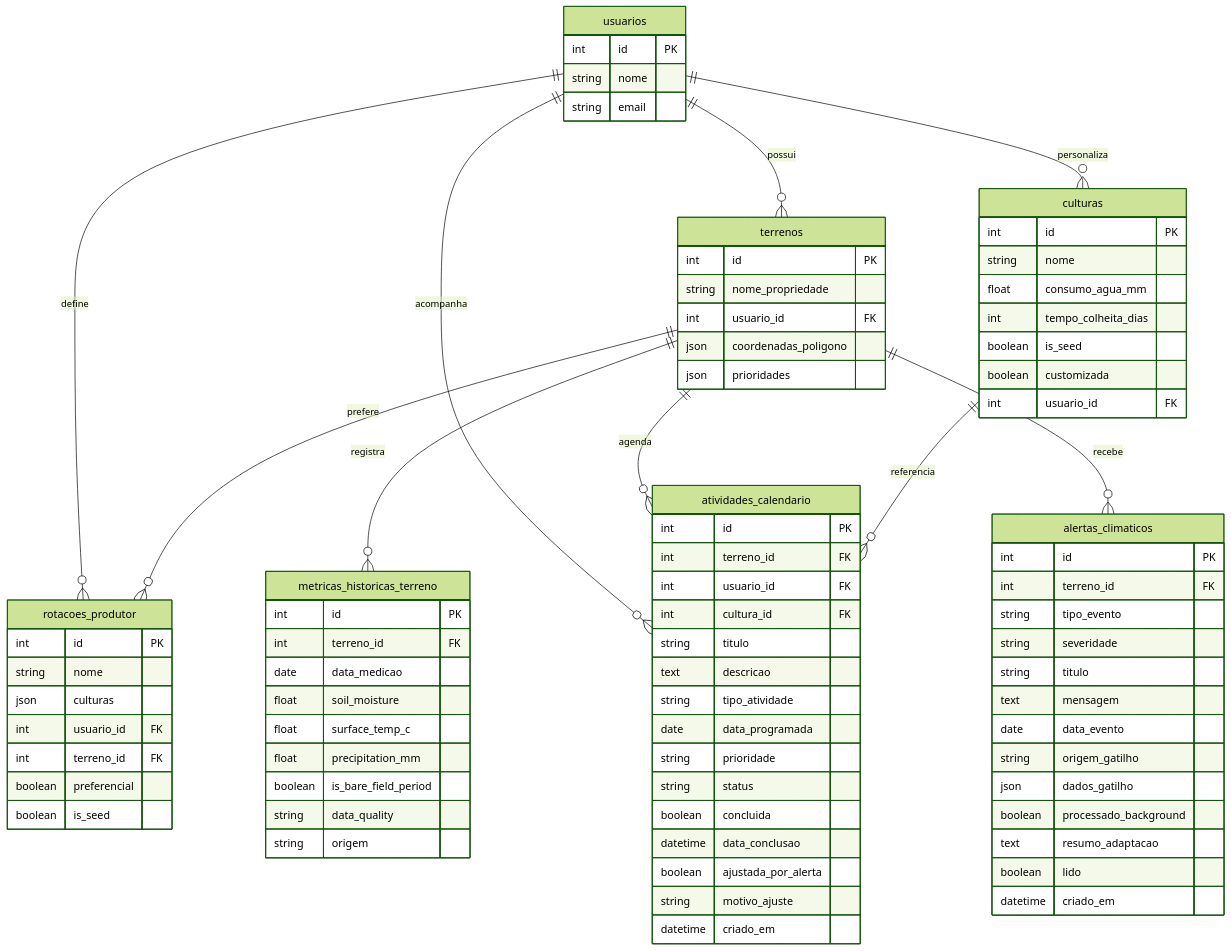
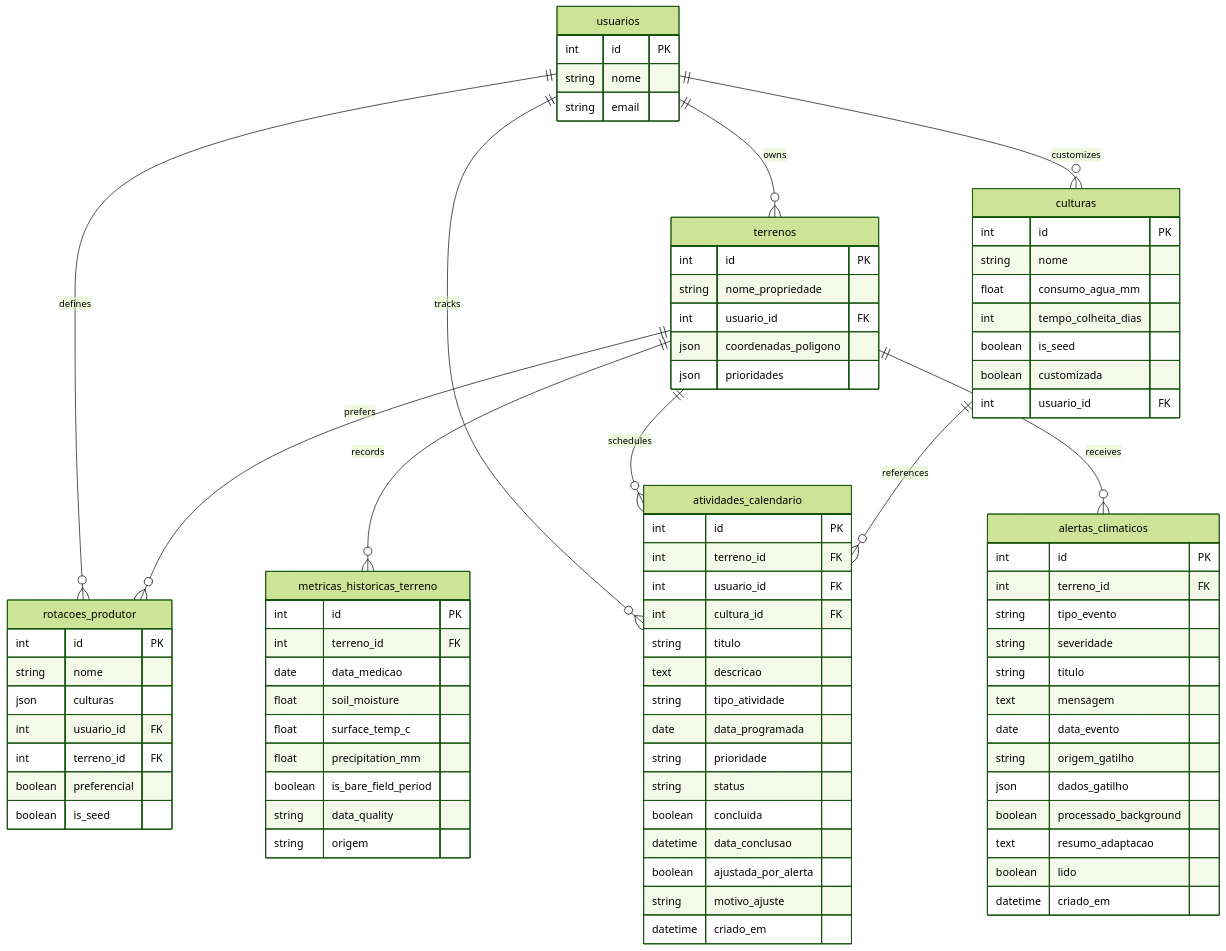
The first of 3 diagrams in docs/Arquitetura/README.md (EdsonToppzera/kultiva), drawn with Mermaid (forest theme) before and after one commit. The commit also changed other lines of this file and 8 other files, not shown here.

````diff
--- a/docs/Arquitetura/README.md
+++ b/docs/Arquitetura/README.md
@@ -7,14 +7,14 @@
 ```mermaid
 erDiagram
-    usuarios ||--o{ terrenos : possui
-    usuarios ||--o{ culturas : personaliza
-    usuarios ||--o{ rotacoes_produtor : define
-    usuarios ||--o{ atividades_calendario : acompanha
-    terrenos ||--o{ rotacoes_produtor : prefere
-    terrenos ||--o{ metricas_historicas_terreno : registra
-    terrenos ||--o{ atividades_calendario : agenda
-    culturas ||--o{ atividades_calendario : referencia
-    terrenos ||--o{ alertas_climaticos : recebe
+    usuarios ||--o{ terrenos : owns
+    usuarios ||--o{ culturas : customizes
+    usuarios ||--o{ rotacoes_produtor : defines
+    usuarios ||--o{ atividades_calendario : tracks
+    terrenos ||--o{ rotacoes_produtor : prefers
+    terrenos ||--o{ metricas_historicas_terreno : records
+    terrenos ||--o{ atividades_calendario : schedules
+    culturas ||--o{ atividades_calendario : references
+    terrenos ||--o{ alertas_climaticos : receives
 
     usuarios {
         int id PK
````
